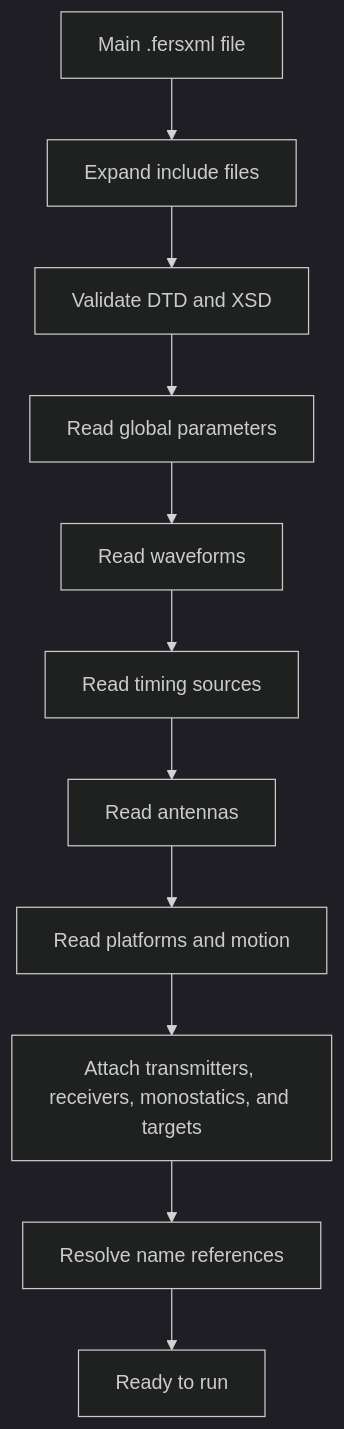
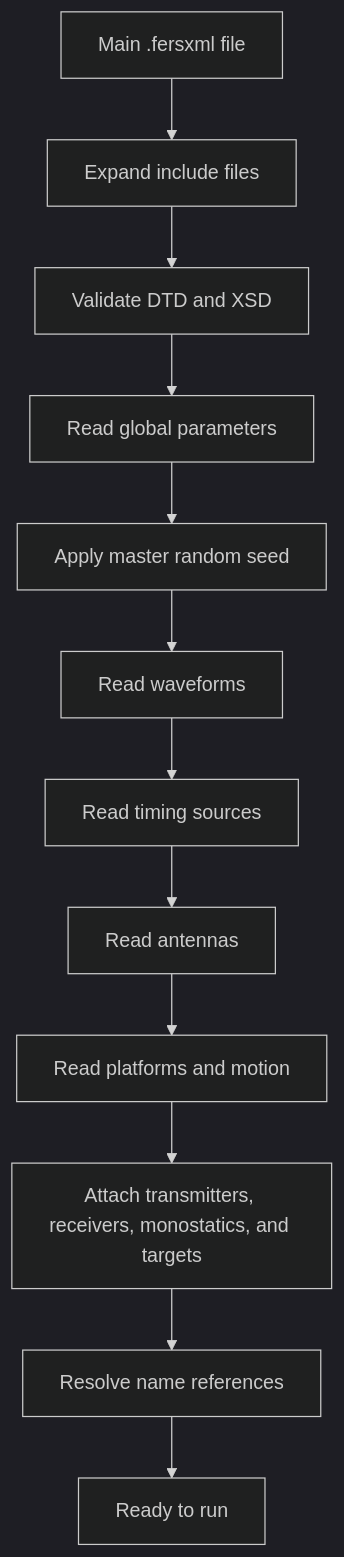
The third of 10 diagrams in docs/wiki/Simulation-Pipelines.md (davidbits/FERS), drawn with Mermaid (dark theme) before and after one commit. The commit also changed 9 other files, not shown here.

````diff
--- a/docs/wiki/Simulation-Pipelines.md
+++ b/docs/wiki/Simulation-Pipelines.md
@@ -48,13 +48,14 @@
 ```mermaid
 flowchart TD
     A[Main .fersxml file] --> B[Expand include files]
     B --> C[Validate DTD and XSD]
     C --> D[Read global parameters]
-    D --> E[Read waveforms]
+    D --> S[Apply master random seed]
+    S --> E[Read waveforms]
     E --> F[Read timing sources]
     F --> G[Read antennas]
     G --> H[Read platforms and motion]
     H --> I[Attach transmitters, receivers, monostatics, and targets]
     I --> J[Resolve name references]
     J --> K[Ready to run]
 ```
````
